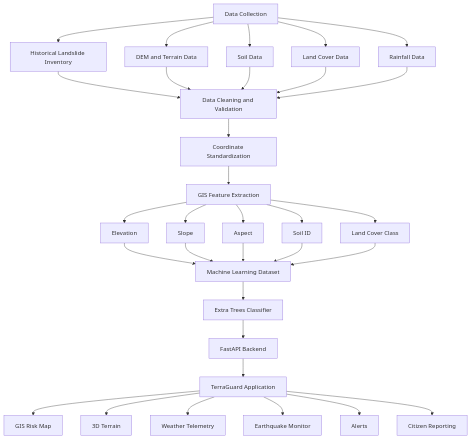
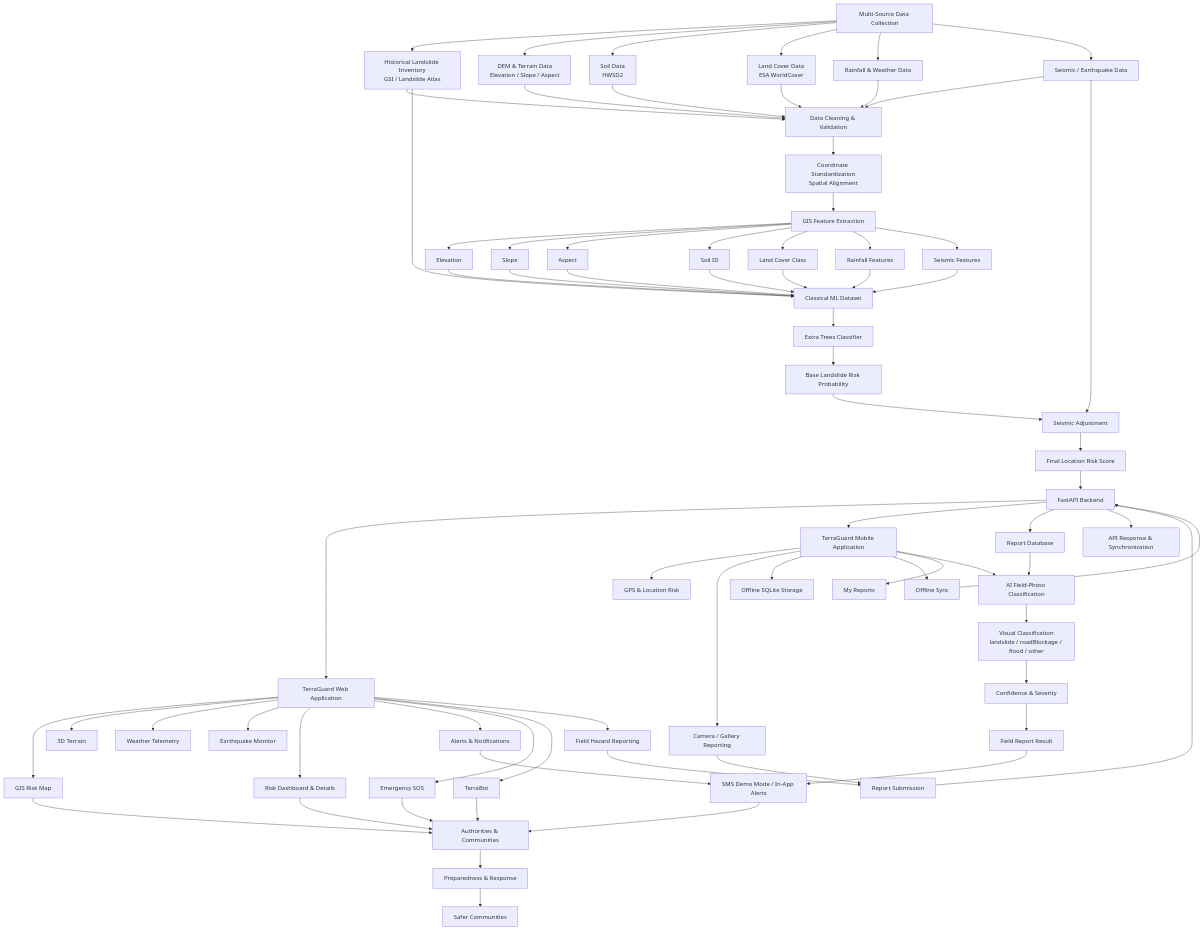
The diagram in README.md (supernovadevssihproject-team/landslide-ai), drawn with Mermaid before and after one commit. The commit also changed other lines of this file, not shown here.

````diff
--- a/README.md
+++ b/README.md
@@ -760,35 +1592,92 @@
 ```mermaid
 flowchart TD
-    A[Data Collection]
-    A --> B[Historical Landslide Inventory]
-    A --> C[DEM and Terrain Data]
-    A --> D[Soil Data]
-    A --> E[Land Cover Data]
-    A --> F[Rainfall Data]
-    B --> G[Data Cleaning and Validation]
-    C --> G
-    D --> G
-    E --> G
-    F --> G
-    G --> H[Coordinate Standardization]
-    H --> I[GIS Feature Extraction]
-    I --> J[Elevation]
-    I --> K[Slope]
-    I --> L[Aspect]
-    I --> M[Soil ID]
-    I --> N[Land Cover Class]
-    J --> O[Machine Learning Dataset]
-    K --> O
-    L --> O
-    M --> O
-    N --> O
-    O --> P[Extra Trees Classifier]
-    P --> Q[FastAPI Backend]
-    Q --> R[TerraGuard Application]
-    R --> S[GIS Risk Map]
-    R --> T[3D Terrain]
-    R --> U[Weather Telemetry]
-    R --> V[Earthquake Monitor]
-    R --> W[Alerts]
-    R --> X[Citizen Reporting]
+    A[Multi-Source Data Collection]
+
+    A --> B[Historical Landslide Inventory<br/>GSI / Landslide Atlas]
+    A --> C[DEM & Terrain Data<br/>Elevation / Slope / Aspect]
+    A --> D[Soil Data<br/>HWSD2]
+    A --> E[Land Cover Data<br/>ESA WorldCover]
+    A --> F[Rainfall & Weather Data]
+    A --> G[Seismic / Earthquake Data]
+
+    B --> H[Data Cleaning & Validation]
+    C --> H
+    D --> H
+    E --> H
+    F --> H
+    G --> H
+
+    H --> I[Coordinate Standardization<br/>Spatial Alignment]
+    I --> J[GIS Feature Extraction]
+
+    J --> J1[Elevation]
+    J --> J2[Slope]
+    J --> J3[Aspect]
+    J --> J4[Soil ID]
+    J --> J5[Land Cover Class]
+    J --> J6[Rainfall Features]
+    J --> J7[Seismic Features]
+
+    J1 --> K[Classical ML Dataset]
+    J2 --> K
+    J3 --> K
+    J4 --> K
+    J5 --> K
+    J6 --> K
+    J7 --> K
+    B --> K
+
+    K --> L[Extra Trees Classifier]
+    L --> M[Base Landslide Risk Probability]
+
+    G --> N[Seismic Adjustment]
+    M --> N
+    N --> O[Final Location Risk Score]
+
+    O --> P[FastAPI Backend]
+
+    P --> Q[TerraGuard Web Application]
+    P --> R[TerraGuard Mobile Application]
+
+    Q --> S[GIS Risk Map]
+    Q --> T[3D Terrain]
+    Q --> U[Weather Telemetry]
+    Q --> V[Earthquake Monitor]
+    Q --> W[Risk Dashboard & Details]
+    Q --> X[Alerts & Notifications]
+    Q --> Y[Emergency SOS]
+    Q --> Z[TerraBot]
+    Q --> AA[Field Hazard Reporting]
+
+    R --> AB[GPS & Location Risk]
+    R --> AC[Camera / Gallery Reporting]
+    R --> AD[Offline SQLite Storage]
+    R --> AE[Offline Sync]
+    R --> AF[My Reports]
+    R --> AG[AI Field-Photo Classification]
+
+    AA --> AH[Report Submission]
+    AC --> AH
+    AH --> P
+    P --> AI[Report Database]
+    AI --> AG
+
+    AG --> AJ[Visual Classification<br/>landslide / roadBlockage / flood / other]
+    AJ --> AK[Confidence & Severity]
+    AK --> AL[Field Report Result]
+
+    AE --> P
+    P --> AM[API Response & Synchronization]
+
+    X --> AN[SMS Demo Mode / In-App Alerts]
+    AL --> AN
+    AN --> AO[Authorities & Communities]
+
+    S --> AO
+    W --> AO
+    Y --> AO
+    Z --> AO
+
+    AO --> AP[Preparedness & Response]
+    AP --> AQ[Safer Communities]
 ```
````
